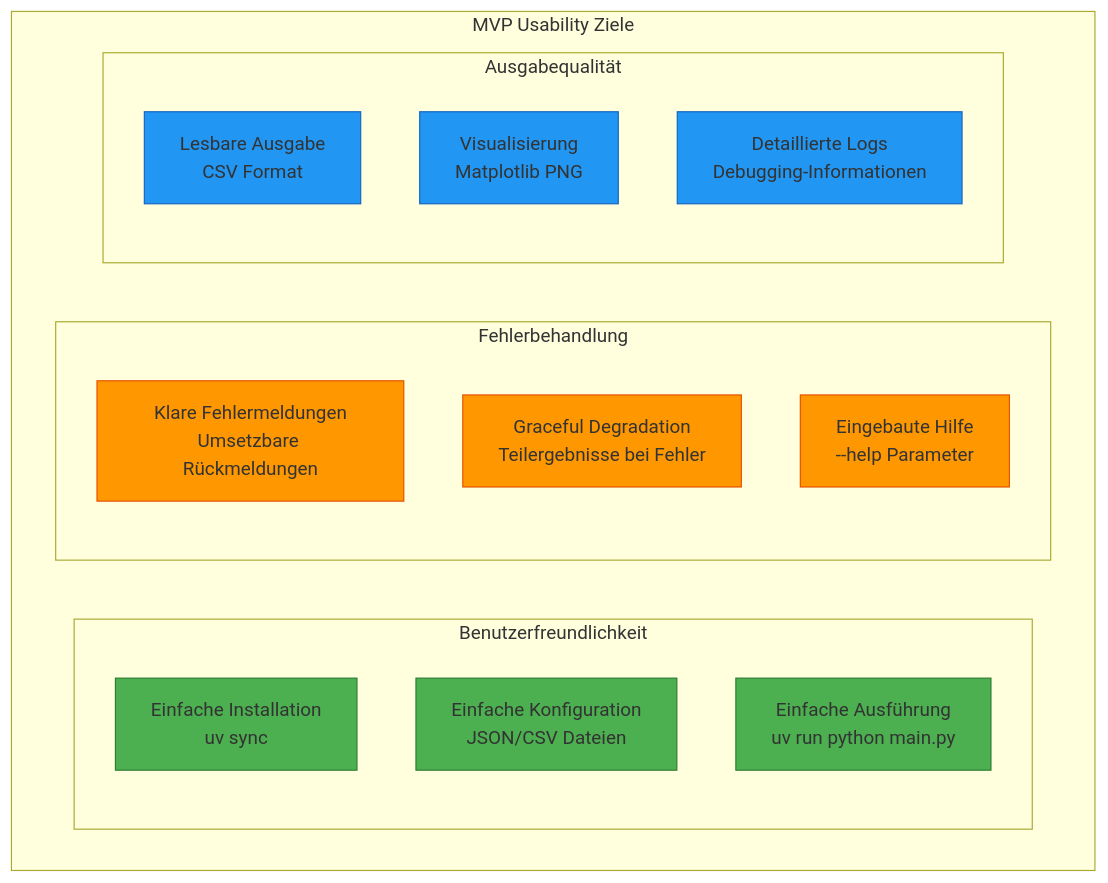
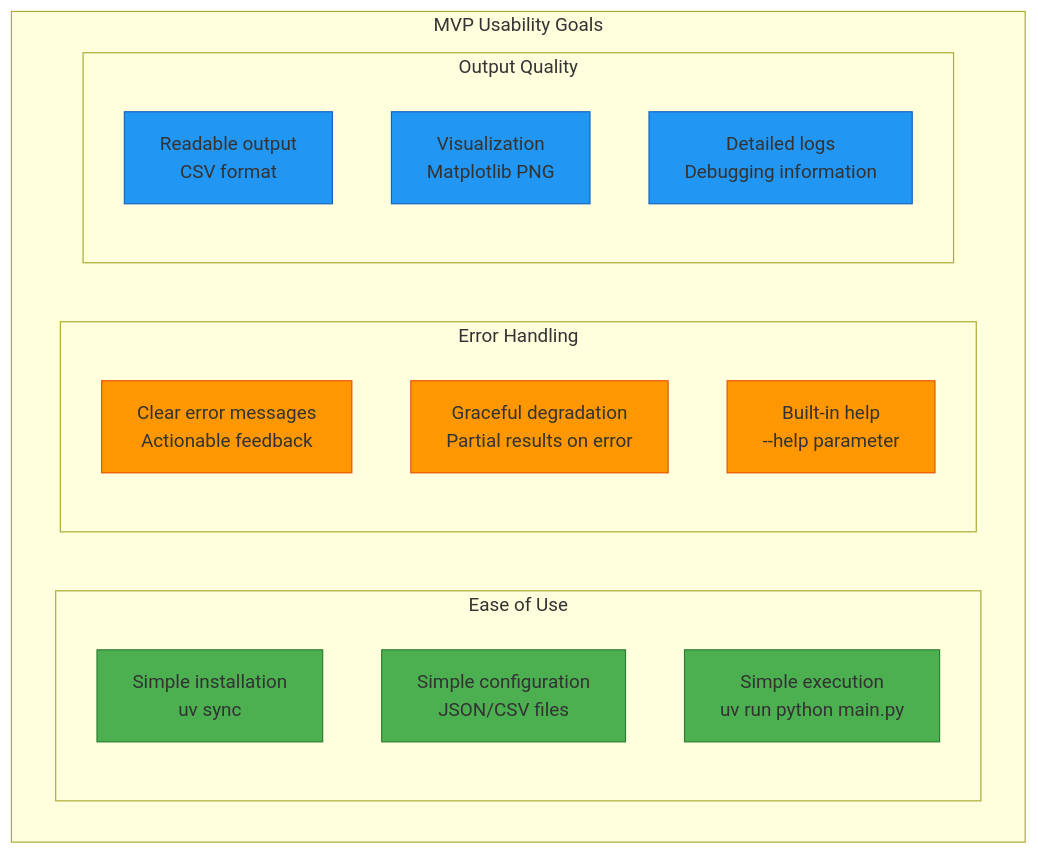
The second of 6 diagrams in docs/mvp/architecture/10-quality-requirements.md (OpenRailAssociation/dac-migration-dss-popupsim), drawn with Mermaid before and after one commit. The commit also changed other lines of this file and 19 other files, not shown here.

First line of the commit message:
docs(pages): 📝 update MVP architecture

````diff
--- a/docs/mvp/architecture/10-quality-requirements.md
+++ b/docs/mvp/architecture/10-quality-requirements.md
@@ -65,30 +69,30 @@
 ```mermaid
 graph TB
-    subgraph "MVP Usability Ziele"
-        subgraph "Benutzerfreundlichkeit"
-            Install[Einfache Installation<br/>uv sync]
-            Config[Einfache Konfiguration<br/>JSON/CSV Dateien]
-            Run[Einfache Ausführung<br/>uv run python main.py]
+    subgraph "MVP Usability Goals"
+        subgraph "Ease of Use"
+            Install[Simple installation<br/>uv sync]
+            Config[Simple configuration<br/>JSON/CSV files]
+            Run[Simple execution<br/>uv run python main.py]
         end
 
-        subgraph "Fehlerbehandlung"
-            Clear[Klare Fehlermeldungen<br/>Umsetzbare Rückmeldungen]
-            Recovery[Graceful Degradation<br/>Teilergebnisse bei Fehler]
-            Help[Eingebaute Hilfe<br/>--help Parameter]
+        subgraph "Error Handling"
+            Clear[Clear error messages<br/>Actionable feedback]
+            Recovery[Graceful degradation<br/>Partial results on error]
+            Help[Built-in help<br/>--help parameter]
         end
 
-        subgraph "Ausgabequalität"
-            Readable[Lesbare Ausgabe<br/>CSV Format]
-            Visual[Visualisierung<br/>Matplotlib PNG]
-            Logs[Detaillierte Logs<br/>Debugging-Informationen]
+        subgraph "Output Quality"
+            Readable[Readable output<br/>CSV format]
+            Visual[Visualization<br/>Matplotlib PNG]
+            Logs[Detailed logs<br/>Debugging information]
         end
     end
 
     classDef ease fill:#4caf50,stroke:#2e7d32
     classDef error fill:#ff9800,stroke:#e65100
     classDef output fill:#2196f3,stroke:#1565c0
 
     class Install,Config,Run ease
     class Clear,Recovery,Help error
     class Readable,Visual,Logs output
 ```
````
